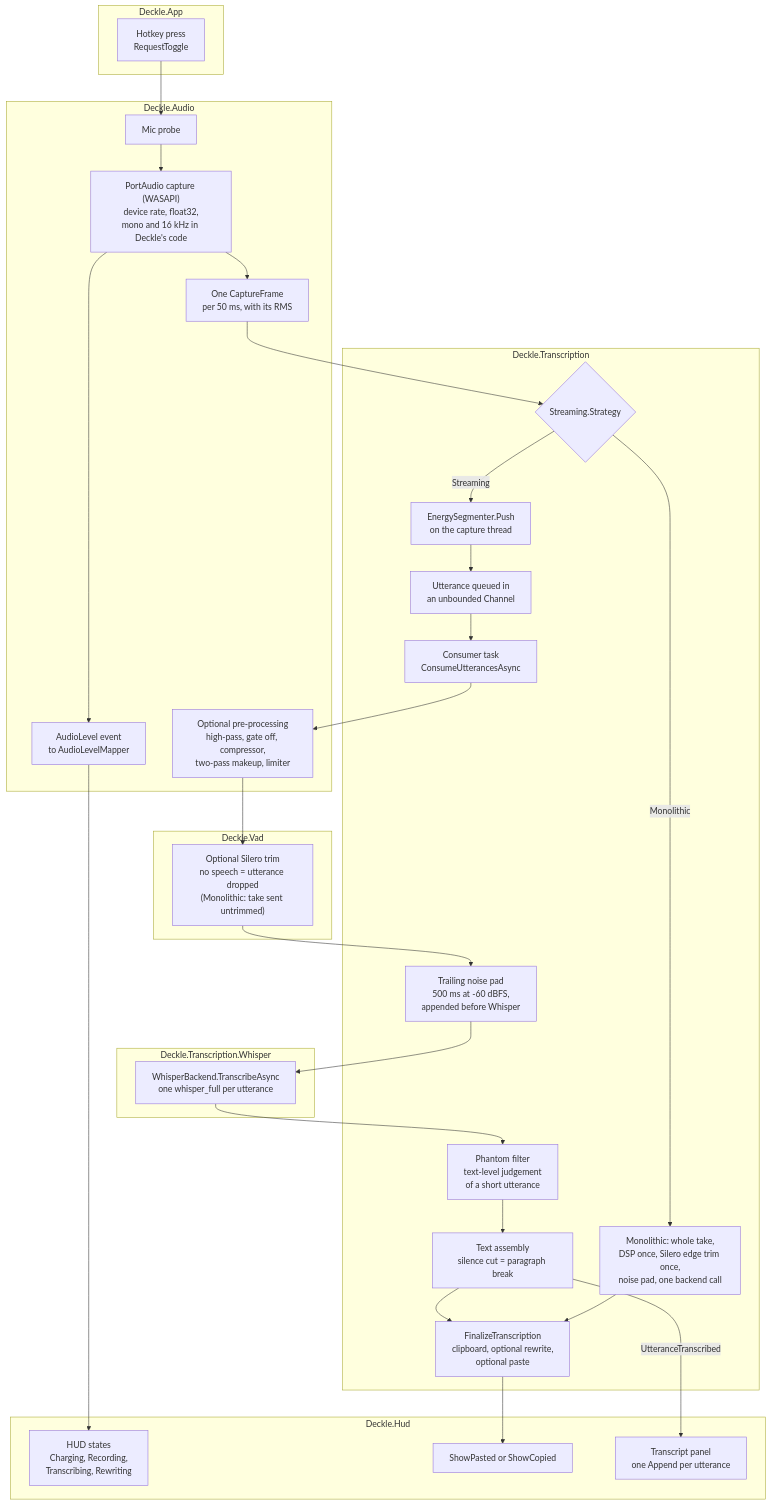
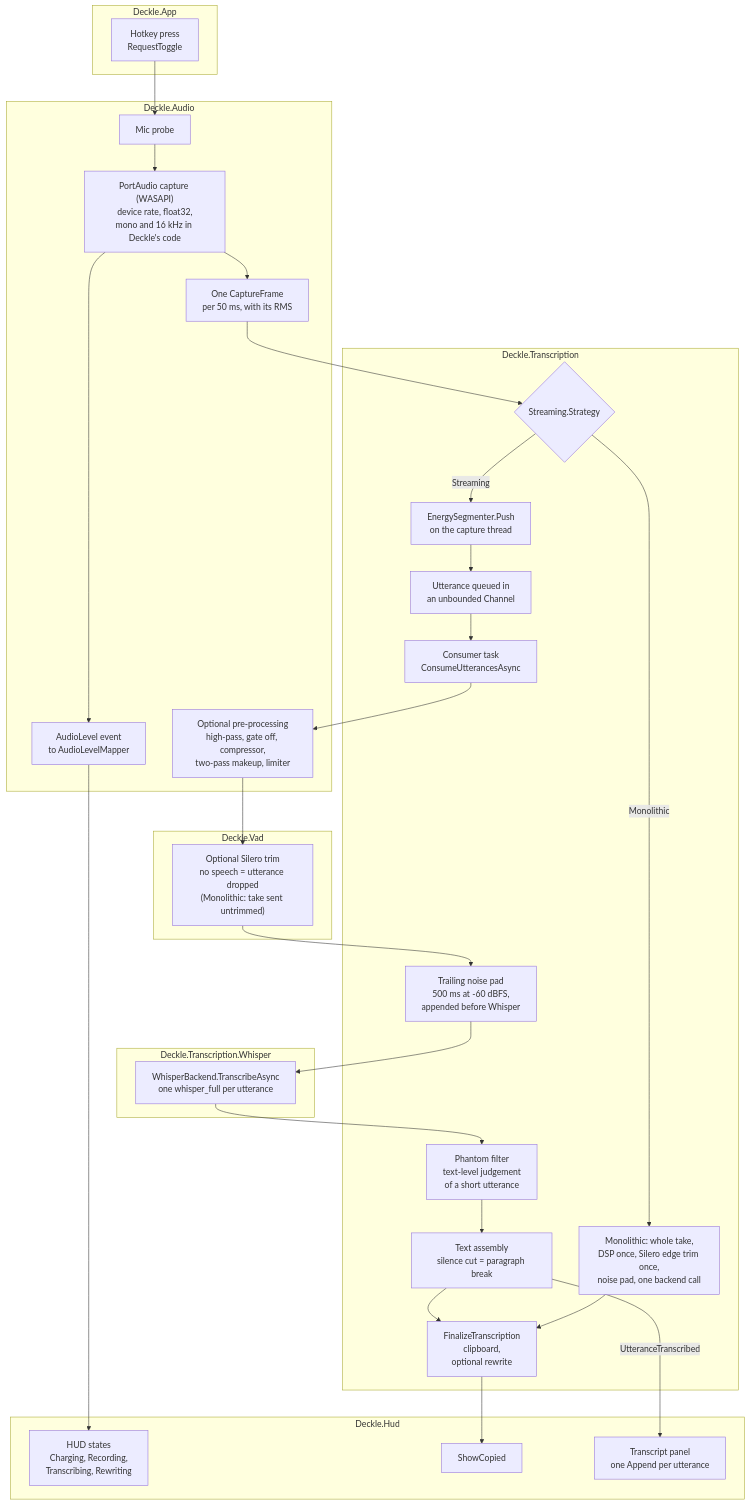
The first of 3 diagrams in docs/transcription-audio-chain.md (louisfifre/deckle), drawn with Mermaid before and after one commit. The commit also changed other lines of this file and 40 other files, not shown here.

First line of the commit message:
refactor(transcription)!: remove the paste path from dictation

````diff
--- a/docs/transcription-audio-chain.md
+++ b/docs/transcription-audio-chain.md
@@ -36,48 +36,48 @@
 ```mermaid
 flowchart TD
     subgraph APP["Deckle.App"]
         HK["Hotkey press<br/>RequestToggle"]
     end
 
     subgraph AUDIO["Deckle.Audio"]
         PROBE["Mic probe"]
         CAP["PortAudio capture (WASAPI)<br/>device rate, float32,<br/>mono and 16 kHz in Deckle's code"]
         FRAME["One CaptureFrame<br/>per 50 ms, with its RMS"]
         LEVEL["AudioLevel event<br/>to AudioLevelMapper"]
         DSP["Optional pre-processing<br/>high-pass, gate off, compressor,<br/>two-pass makeup, limiter"]
     end
 
     subgraph TRANS["Deckle.Transcription"]
         FORK{"Streaming.Strategy"}
         SEG["EnergySegmenter.Push<br/>on the capture thread"]
         CHAN["Utterance queued in<br/>an unbounded Channel"]
         CONS["Consumer task<br/>ConsumeUtterancesAsync"]
         PAD["Trailing noise pad<br/>500 ms at -60 dBFS,<br/>appended before Whisper"]
         PHANTOM["Phantom filter<br/>text-level judgement<br/>of a short utterance"]
         ASSEMBLE["Text assembly<br/>silence cut = paragraph break"]
         MONO["Monolithic: whole take,<br/>DSP once, Silero edge trim once,<br/>noise pad, one backend call"]
-        FIN["FinalizeTranscription<br/>clipboard, optional rewrite,<br/>optional paste"]
+        FIN["FinalizeTranscription<br/>clipboard,<br/>optional rewrite"]
     end
 
     subgraph VAD["Deckle.Vad"]
         TRIM["Optional Silero trim<br/>no speech = utterance dropped<br/>(Monolithic: take sent untrimmed)"]
     end
 
     subgraph WHISPER["Deckle.Transcription.Whisper"]
         ASR["WhisperBackend.TranscribeAsync<br/>one whisper_full per utterance"]
     end
 
     subgraph HUDM["Deckle.Hud"]
         HUD["HUD states<br/>Charging, Recording,<br/>Transcribing, Rewriting"]
-        OUT["ShowPasted or ShowCopied"]
+        OUT["ShowCopied"]
         PANEL["Transcript panel<br/>one Append per utterance"]
     end
 
     HK --> PROBE --> CAP --> FRAME --> FORK
     CAP --> LEVEL --> HUD
     FORK -- Streaming --> SEG --> CHAN --> CONS
     CONS --> DSP --> TRIM --> PAD --> ASR --> PHANTOM --> ASSEMBLE --> FIN
     ASSEMBLE -- UtteranceTranscribed --> PANEL
     FORK -- Monolithic --> MONO --> FIN
     FIN --> OUT
 ```
````
